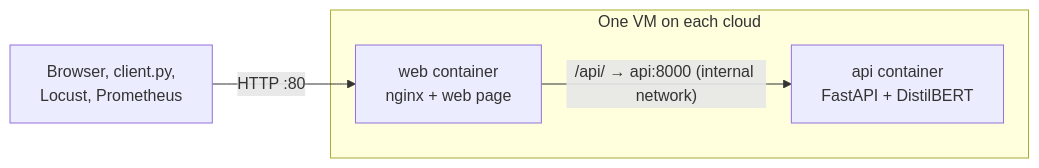
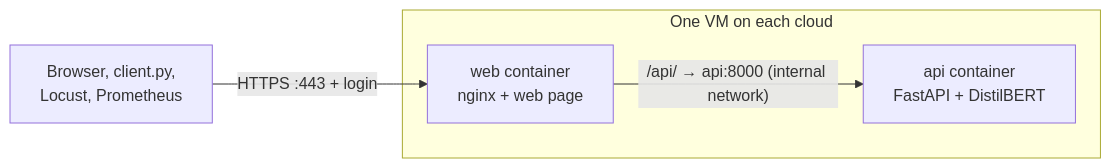
One commit to cloudmesh-ai-luc/shabbir04 changed the second of 2 diagrams in docs/project/project.md. Above: the diagram before and after it, drawn with Mermaid. The commit also changed other lines of this file and 2 other files, not shown here.

First line of the commit message:
docs(project): add requirements, API reference, login security and a testing plan

````diff
--- a/docs/project/project.md
+++ b/docs/project/project.md
@@ -249,7 +307,7 @@
 ```mermaid
 flowchart LR
-    U[Browser, client.py,<br/>Locust, Prometheus] -->|HTTP :80| WEB
+    U[Browser, client.py,<br/>Locust, Prometheus] -->|HTTPS :443 + login| WEB
     subgraph VM[One VM on each cloud]
         WEB[web container<br/>nginx + web page] -->|"/api/ → api:8000 (internal network)"| API[api container<br/>FastAPI + DistilBERT]
     end
 ```
````
